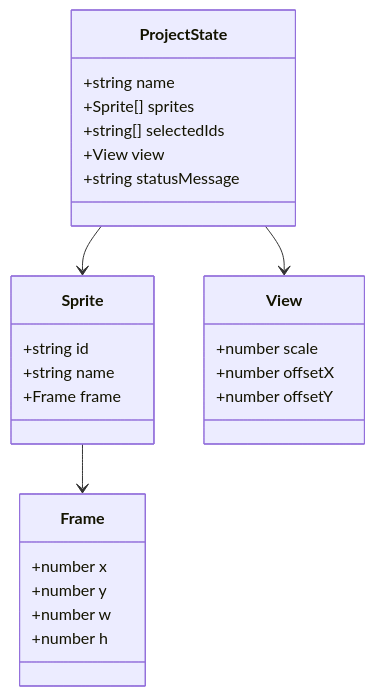
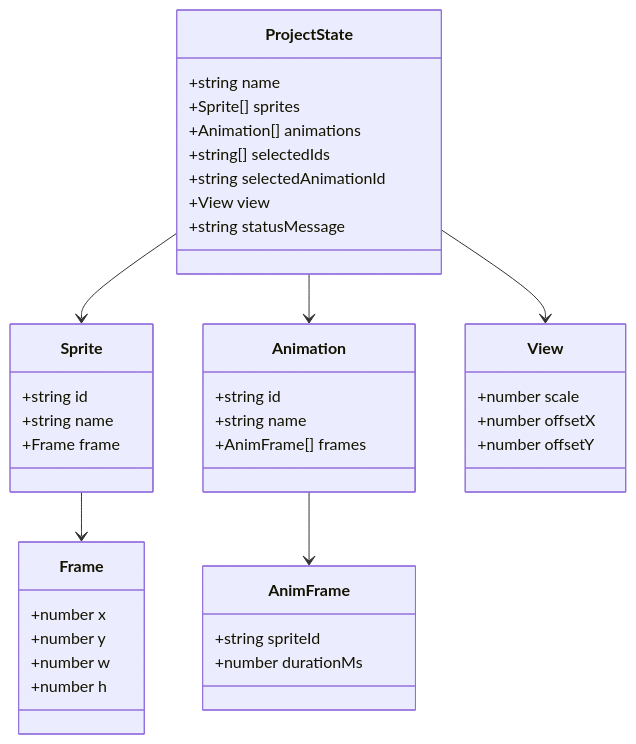
Before and after one commit to shelltdf/sprite2d_mcp: the diagram in ai-software-engineering/02-physical/sprite-sheet-compiler-gui/uml-class.md, drawn with Mermaid. The commit also changed 33 other files, not shown here.

````diff
--- a/ai-software-engineering/02-physical/sprite-sheet-compiler-gui/uml-class.md
+++ b/ai-software-engineering/02-physical/sprite-sheet-compiler-gui/uml-class.md
@@ -3,29 +3,42 @@
 ```mermaid
 classDiagram
   class Sprite {
     +string id
     +string name
     +Frame frame
   }
   class Frame {
     +number x
     +number y
     +number w
     +number h
   }
+  class Animation {
+    +string id
+    +string name
+    +AnimFrame[] frames
+  }
+  class AnimFrame {
+    +string spriteId
+    +number durationMs
+  }
   class ProjectState {
     +string name
     +Sprite[] sprites
+    +Animation[] animations
     +string[] selectedIds
+    +string selectedAnimationId
     +View view
     +string statusMessage
   }
   class View {
     +number scale
     +number offsetX
     +number offsetY
   }
   Sprite --> Frame
+  Animation --> AnimFrame
   ProjectState --> Sprite
+  ProjectState --> Animation
   ProjectState --> View
 ```
````
